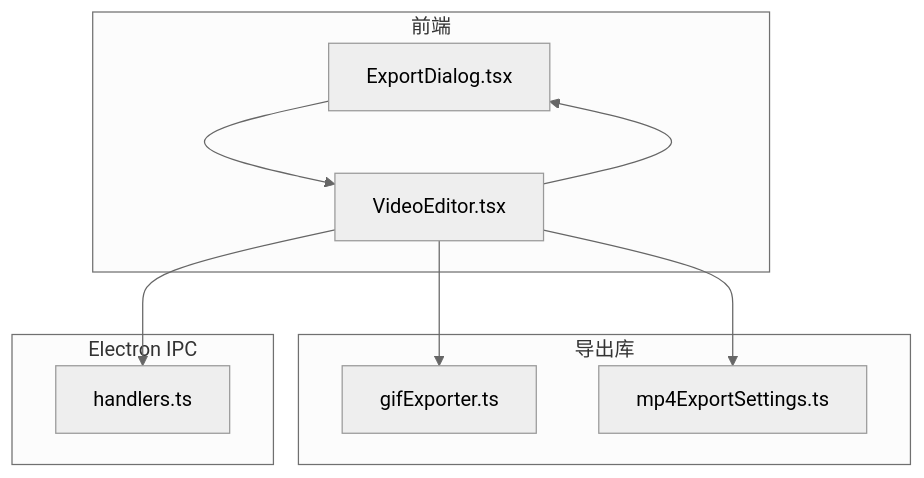
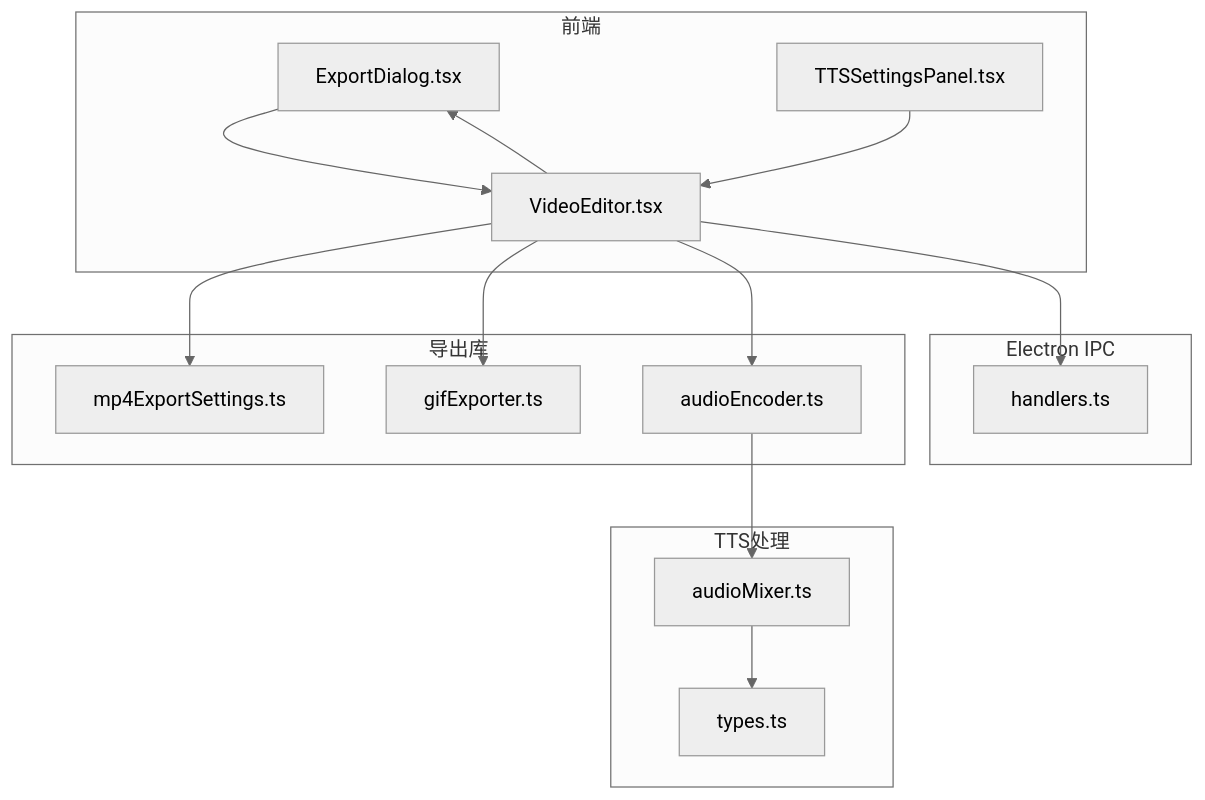
Before and after one commit to zhanggmin/openscreen: the first of 7 diagrams in .qoder/repowiki/zh/content/导出系统/导出系统.md, drawn with Mermaid (neutral theme). The commit also changed other lines of this file and 68 other files, not shown here.

Commit message:
开发图文编辑功能

````diff
--- a/.qoder/repowiki/zh/content/导出系统/导出系统.md
+++ b/.qoder/repowiki/zh/content/导出系统/导出系统.md
@@ -44,19 +59,29 @@
 ```mermaid
 graph TB
 subgraph "前端"
 ED["ExportDialog.tsx"]
 VE["VideoEditor.tsx"]
+TTS["TTSSettingsPanel.tsx"]
 end
 subgraph "导出库"
 GEX["gifExporter.ts"]
 MPX["mp4ExportSettings.ts"]
+AEX["audioEncoder.ts"]
+end
+subgraph "TTS处理"
+AMX["audioMixer.ts"]
+TTS_TYPES["types.ts"]
 end
 subgraph "Electron IPC"
 HND["handlers.ts"]
 end
 VE --> ED
 VE --> MPX
 VE --> GEX
+VE --> AEX
 VE --> HND
 ED --> VE
+TTS --> VE
+AEX --> AMX
+AMX --> TTS_TYPES
 ```
````
